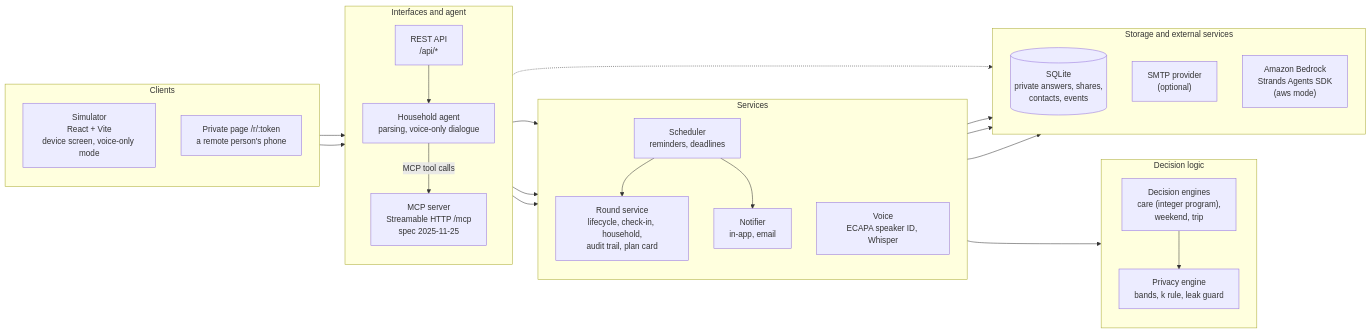
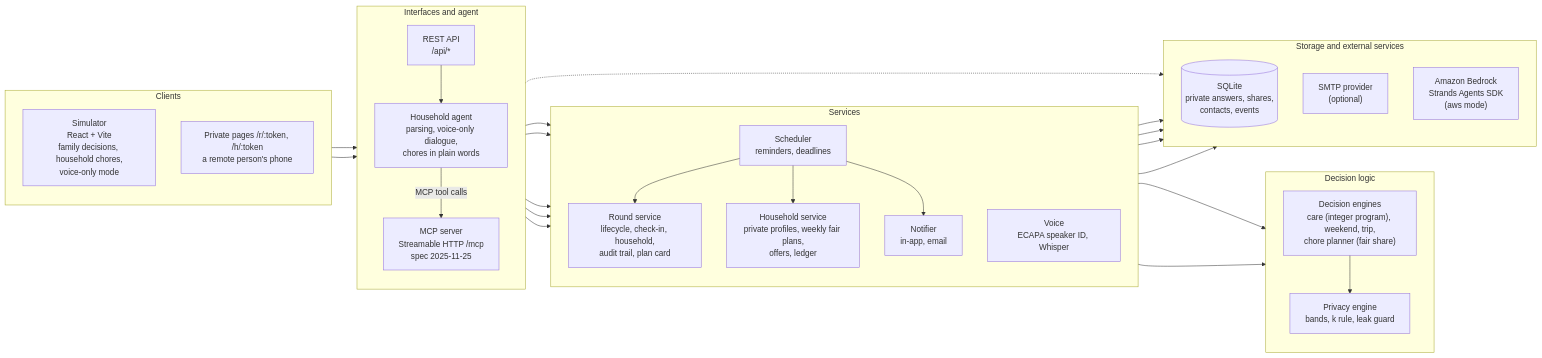
Before and after one commit to sanjay-thiyagarajan/huddle: the second of 3 diagrams in README.md, drawn with Mermaid. The commit also changed other lines of this file and 6 other files, not shown here.

Commit message:
H5: household docs (fairness-agent, evidence, novelty addendum), README integration with verified evidence and updated architecture diagram, copy-plan feature and test, Devpost and demo script updates

````diff
--- a/README.md
+++ b/README.md
@@ -77,52 +99,58 @@
 ```mermaid
 flowchart LR
   subgraph Clients["Clients"]
     direction TB
-    SIM["Simulator<br/>React + Vite<br/>device screen, voice-only mode"]
-    LINK["Private page /r/:token<br/>a remote person's phone"]
+    SIM["Simulator<br/>React + Vite<br/>family decisions, household chores,<br/>voice-only mode"]
+    LINK["Private pages /r/:token, /h/:token<br/>a remote person's phone"]
   end
 
   subgraph Edge["Interfaces and agent"]
     direction TB
     REST["REST API<br/>/api/*"]
-    AGENT["Household agent<br/>parsing, voice-only dialogue"]
+    AGENT["Household agent<br/>parsing, voice-only dialogue,<br/>chores in plain words"]
     MCP["MCP server<br/>Streamable HTTP /mcp<br/>spec 2025-11-25"]
   end
 
   subgraph Core["Services"]
     direction TB
     ROUNDS["Round service<br/>lifecycle, check-in, household,<br/>audit trail, plan card"]
+    HOME["Household service<br/>private profiles, weekly fair plans,<br/>offers, ledger"]
     SCHED["Scheduler<br/>reminders, deadlines"]
     VOICE["Voice<br/>ECAPA speaker ID, Whisper"]
     NOTIFY["Notifier<br/>in-app, email"]
   end
 
   subgraph Logic["Decision logic"]
     direction TB
-    ENGINE["Decision engines<br/>care (integer program),<br/>weekend, trip"]
+    ENGINE["Decision engines<br/>care (integer program), weekend, trip,<br/>chore planner (fair share)"]
     PRIV["Privacy engine<br/>bands, k rule, leak guard"]
   end
 
   subgraph Data["Storage and external services"]
     direction TB
     DB[("SQLite<br/>private answers, shares,<br/>contacts, events")]
     SMTP["SMTP provider<br/>(optional)"]
     BR["Amazon Bedrock<br/>Strands Agents SDK<br/>(aws mode)"]
   end
 
   SIM --> REST
   LINK --> REST
   REST --> AGENT
   AGENT -->|"MCP tool calls"| MCP
   REST --> ROUNDS
+  REST --> HOME
   REST --> VOICE
   MCP --> ROUNDS
+  MCP --> HOME
+  SCHED --> HOME
+  HOME --> ENGINE
+  HOME --> DB
   SCHED --> ROUNDS
   SCHED --> NOTIFY
   ROUNDS --> ENGINE
   ENGINE --> PRIV
   ROUNDS --> DB
   VOICE --> DB
   NOTIFY --> SMTP
   AGENT -.-> BR
 ```
````
